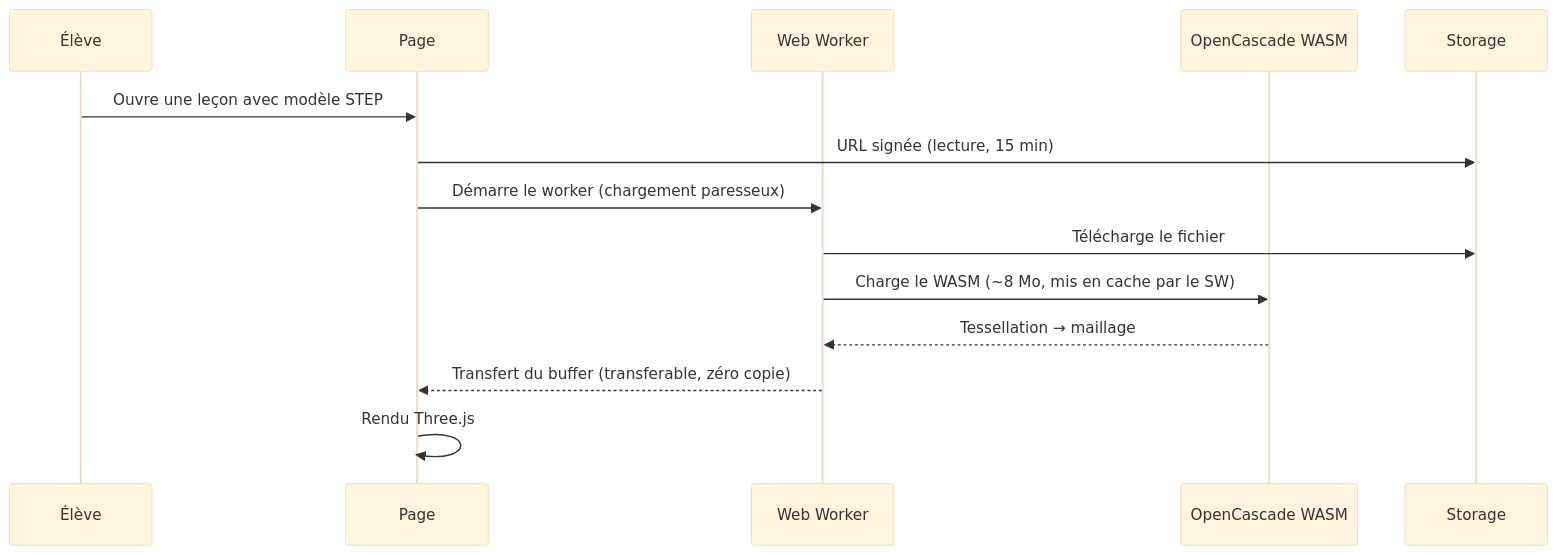
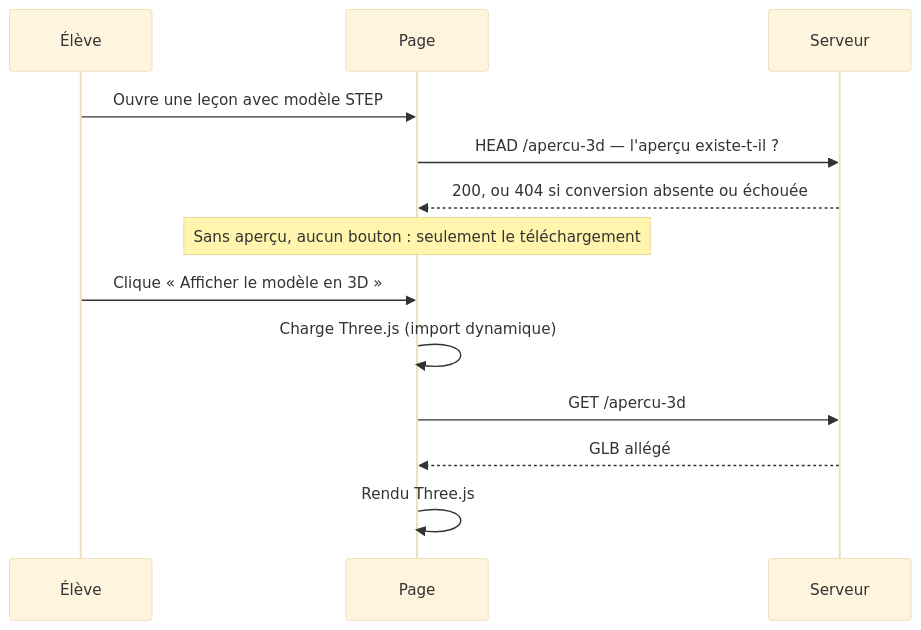
Before and after one commit to 170862100761/raai-apprendre: the third of 3 diagrams in docs/02-architecture-technique.md, drawn with Mermaid (base theme). The commit also changed other lines of this file and 23 other files, not shown here.

````diff
--- a/docs/02-architecture-technique.md
+++ b/docs/02-architecture-technique.md
@@ -116,17 +136,16 @@
 ```mermaid
 sequenceDiagram
     participant U as Élève
     participant P as Page
-    participant W as Web Worker
-    participant O as OpenCascade WASM
-    participant S as Storage
+    participant A as Serveur
 
     U->>P: Ouvre une leçon avec modèle STEP
-    P->>S: URL signée (lecture, 15 min)
-    P->>W: Démarre le worker (chargement paresseux)
-    W->>S: Télécharge le fichier
-    W->>O: Charge le WASM (~8 Mo, mis en cache par le SW)
-    O-->>W: Tessellation → maillage
-    W-->>P: Transfert du buffer (transferable, zéro copie)
+    P->>A: HEAD /apercu-3d — l'aperçu existe-t-il ?
+    A-->>P: 200, ou 404 si conversion absente ou échouée
+    Note over P: Sans aperçu, aucun bouton : seulement le téléchargement
+    U->>P: Clique « Afficher le modèle en 3D »
+    P->>P: Charge Three.js (import dynamique)
+    P->>A: GET /apercu-3d
+    A-->>P: GLB allégé
     P->>P: Rendu Three.js
 ```
````
